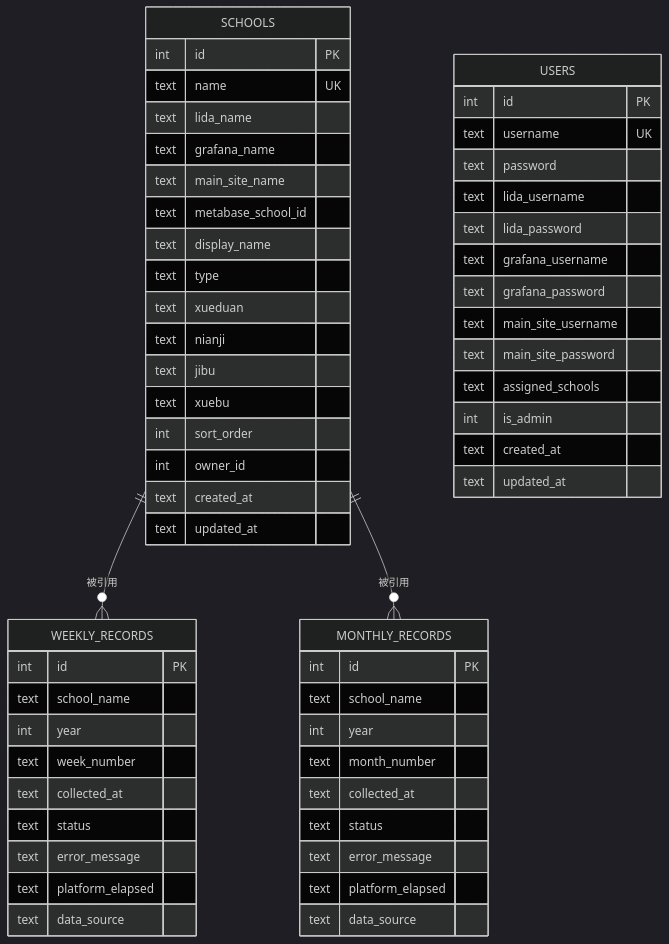
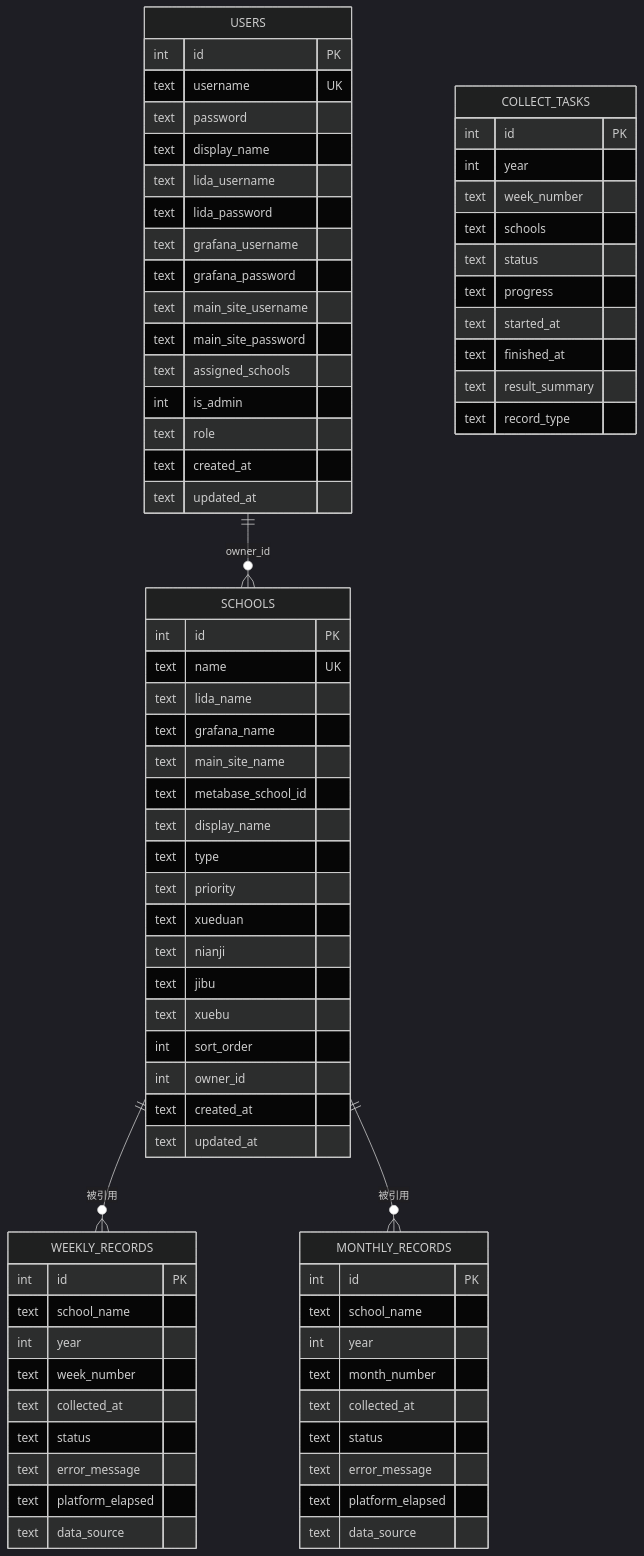
One commit to oreovan567-pixel/middle-platform-data-collector changed the fourth of 10 diagrams in .qoder/repowiki/zh/content/数据模型/数据模型.md. Above: the diagram before and after it, drawn with Mermaid (dark theme). The commit also changed other lines of this file and 11 other files, not shown here.

````diff
--- a/.qoder/repowiki/zh/content/数据模型/数据模型.md
+++ b/.qoder/repowiki/zh/content/数据模型/数据模型.md
@@ -189,60 +203,76 @@
 ```mermaid
 erDiagram
 WEEKLY_RECORDS {
 int id PK
 text school_name
 int year
 text week_number
 text collected_at
 text status
 text error_message
 text platform_elapsed
 text data_source
 }
 MONTHLY_RECORDS {
 int id PK
 text school_name
 int year
 text month_number
 text collected_at
 text status
 text error_message
 text platform_elapsed
 text data_source
 }
 SCHOOLS {
 int id PK
 text name UK
 text lida_name
 text grafana_name
 text main_site_name
 text metabase_school_id
 text display_name
 text type
+text priority
 text xueduan
 text nianji
 text jibu
 text xuebu
 int sort_order
 int owner_id
 text created_at
 text updated_at
 }
 USERS {
 int id PK
 text username UK
 text password
+text display_name
 text lida_username
 text lida_password
 text grafana_username
 text grafana_password
 text main_site_username
 text main_site_password
 text assigned_schools
 int is_admin
+text role
 text created_at
 text updated_at
 }
+COLLECT_TASKS {
+int id PK
+int year
+text week_number
+text schools
+text status
+text progress
+text started_at
+text finished_at
+text result_summary
+text record_type
+}
 SCHOOLS ||--o{ WEEKLY_RECORDS : "被引用"
 SCHOOLS ||--o{ MONTHLY_RECORDS : "被引用"
+USERS ||--o{ SCHOOLS : "owner_id"
 ```
````
